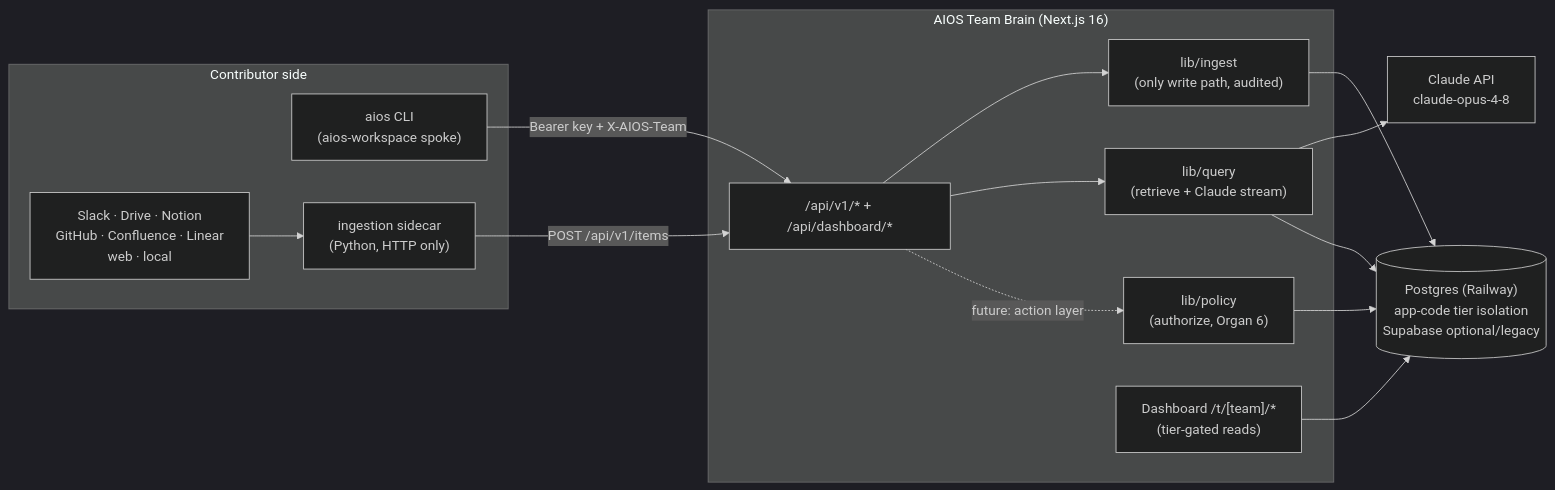
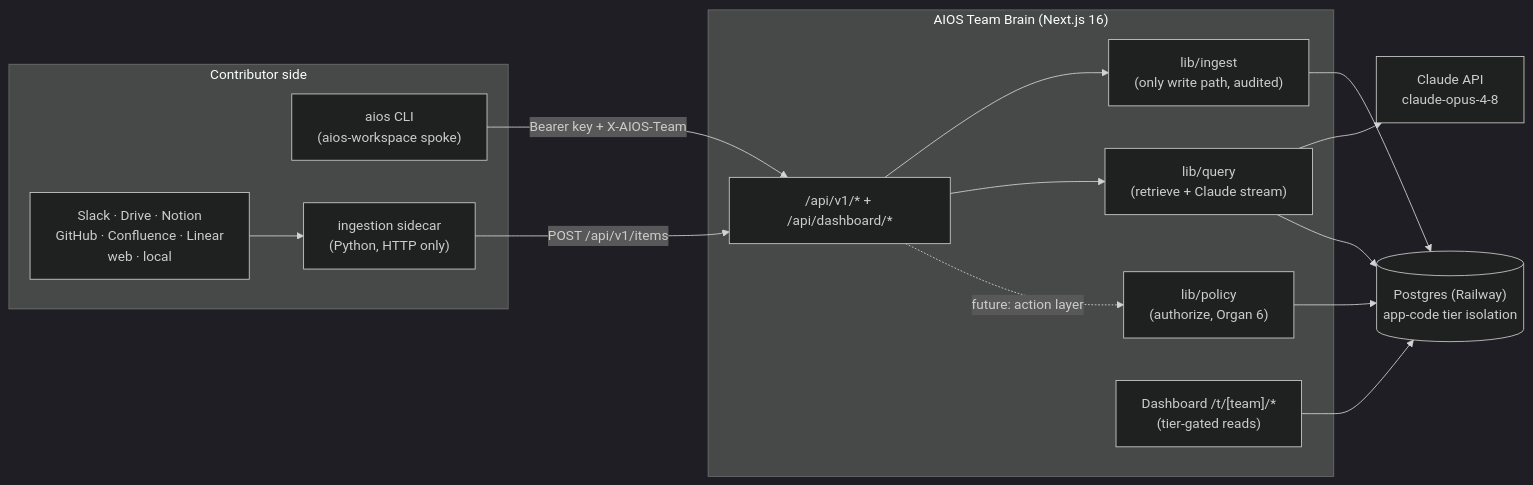
Before and after one commit to aiosbrain/aios-team-brain: the first of 7 diagrams in docs/ARCHITECTURE.md, drawn with Mermaid (dark theme). The commit also changed other lines of this file and 181 other files, not shown here.

````diff
--- a/docs/ARCHITECTURE.md
+++ b/docs/ARCHITECTURE.md
@@ -50,26 +50,26 @@
 ```mermaid
 flowchart LR
   subgraph Spokes["Contributor side"]
     CLI["aios CLI<br/>(aios-workspace spoke)"]
     SIDE["ingestion sidecar<br/>(Python, HTTP only)"]
     SRC["Slack · Drive · Notion<br/>GitHub · Confluence · Linear<br/>web · local"]
   end
   subgraph Brain["AIOS Team Brain (Next.js 16)"]
     API["/api/v1/* + /api/dashboard/*"]
     INGEST["lib/ingest<br/>(only write path, audited)"]
     QUERY["lib/query<br/>(retrieve + Claude stream)"]
     POLICY["lib/policy<br/>(authorize, Organ 6)"]
     UI["Dashboard /t/[team]/*<br/>(tier-gated reads)"]
   end
-  DB[("Postgres (Railway)<br/>app-code tier isolation<br/>Supabase optional/legacy")]
+  DB[("Postgres (Railway)<br/>app-code tier isolation")]
   LLM["Claude API<br/>claude-opus-4-8"]
 
   SRC --> SIDE
   CLI -- "Bearer key + X-AIOS-Team" --> API
   SIDE -- "POST /api/v1/items" --> API
   API --> INGEST --> DB
   API --> QUERY --> LLM
   QUERY --> DB
   UI --> DB
   API -. "future: action layer" .-> POLICY --> DB
 ```
````
